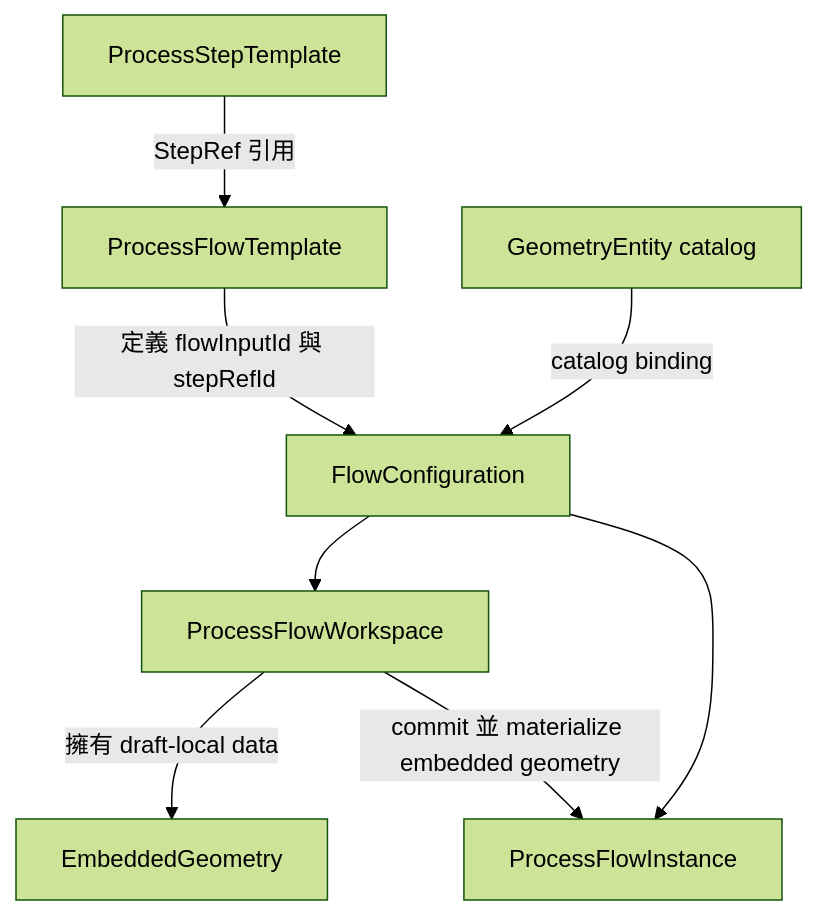
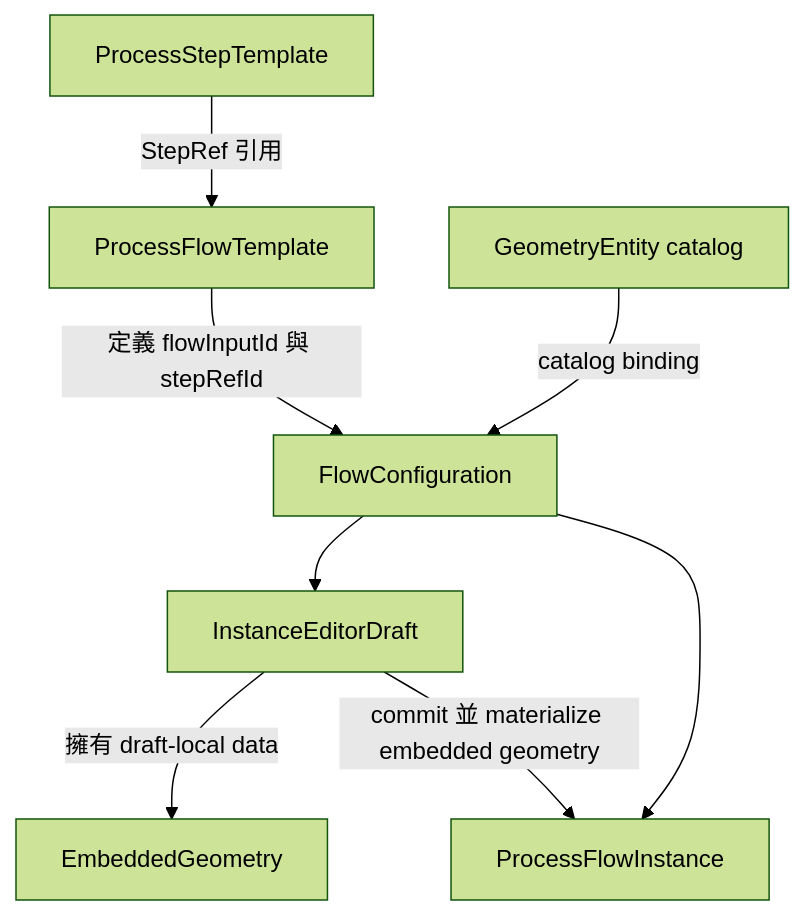
The third of 5 diagrams in docs/data-model.md (henry861010/process_flow_v2), drawn with Mermaid (forest theme) before and after one commit. The commit also changed other lines of this file and 57 other files, not shown here.

````diff
--- a/docs/data-model.md
+++ b/docs/data-model.md
@@ -156,10 +157,10 @@
 ```mermaid
 flowchart TB
   StepTemplate["ProcessStepTemplate"] -->|"StepRef 引用"| FlowTemplate["ProcessFlowTemplate"]
   FlowTemplate -->|"定義 flowInputId 與 stepRefId"| Configuration["FlowConfiguration"]
-  Configuration --> Workspace["ProcessFlowWorkspace"]
+  Configuration --> InstanceDraft["InstanceEditorDraft"]
   Configuration --> Instance["ProcessFlowInstance"]
-  Workspace -->|"擁有 draft-local data"| Embedded["EmbeddedGeometry"]
+  InstanceDraft -->|"擁有 draft-local data"| Embedded["EmbeddedGeometry"]
   Catalog["GeometryEntity catalog"] -->|"catalog binding"| Configuration
-  Workspace -->|"commit 並 materialize embedded geometry"| Instance
+  InstanceDraft -->|"commit 並 materialize embedded geometry"| Instance
 ```
````
